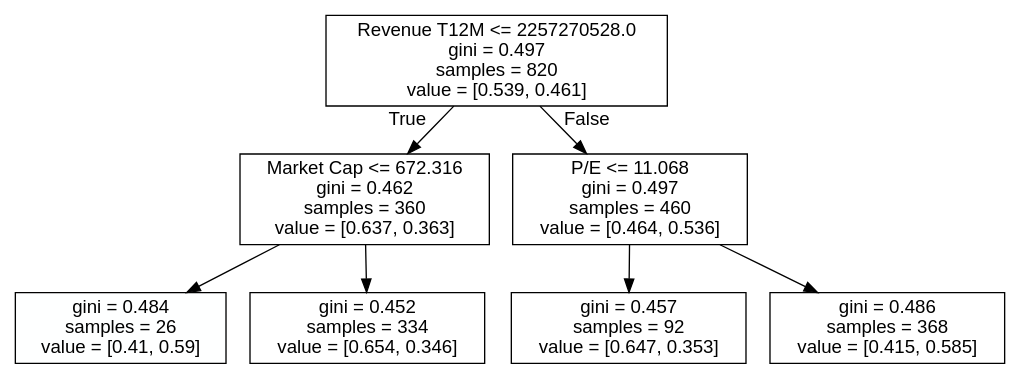
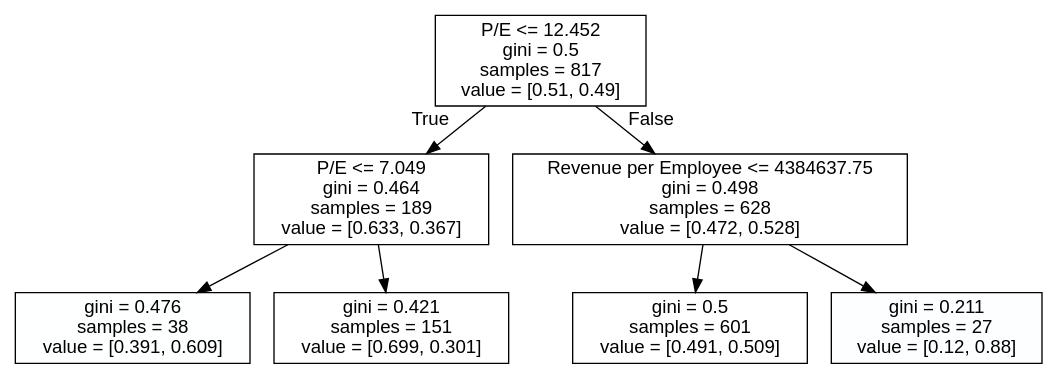
Before and after one commit to luca1308/Investigating_periods_of_increasing_interest_rates_for_the_S-P_1500: the diagram in trees/current_test_tree.dot, drawn with Graphviz. The commit also changed 378 other files, not shown here.

```diff
--- a/trees/current_test_tree.dot
+++ b/trees/current_test_tree.dot
@@ -1,17 +1,17 @@
 digraph Tree {
 node [shape=box, style="filled", color="black", fontname="helvetica"] ;
 edge [fontname="helvetica"] ;
-0 [label="Revenue T12M <= 2257270528.0\ngini = 0.497\nsamples = 820\nvalue = [0.539, 0.461]", fillcolor="#ffffff"] ;
-1 [label="Market Cap <= 672.316\ngini = 0.462\nsamples = 360\nvalue = [0.637, 0.363]", fillcolor="#ffffff"] ;
+0 [label="P/E <= 12.452\ngini = 0.5\nsamples = 817\nvalue = [0.51, 0.49]", fillcolor="#ffffff"] ;
+1 [label="P/E <= 7.049\ngini = 0.464\nsamples = 189\nvalue = [0.633, 0.367]", fillcolor="#ffffff"] ;
 0 -> 1 [labeldistance=2.5, labelangle=45, headlabel="True"] ;
-5 [label="gini = 0.484\nsamples = 26\nvalue = [0.41, 0.59]", fillcolor="#feffff"] ;
+5 [label="gini = 0.476\nsamples = 38\nvalue = [0.391, 0.609]", fillcolor="#feffff"] ;
 1 -> 5 ;
-6 [label="gini = 0.452\nsamples = 334\nvalue = [0.654, 0.346]", fillcolor="#ffffff"] ;
+6 [label="gini = 0.421\nsamples = 151\nvalue = [0.699, 0.301]", fillcolor="#ffffff"] ;
 1 -> 6 ;
-2 [label="P/E <= 11.068\ngini = 0.497\nsamples = 460\nvalue = [0.464, 0.536]", fillcolor="#ffffff"] ;
+2 [label="Revenue per Employee <= 4384637.75\ngini = 0.498\nsamples = 628\nvalue = [0.472, 0.528]", fillcolor="#ffffff"] ;
 0 -> 2 [labeldistance=2.5, labelangle=-45, headlabel="False"] ;
-3 [label="gini = 0.457\nsamples = 92\nvalue = [0.647, 0.353]", fillcolor="#ffffff"] ;
+3 [label="gini = 0.5\nsamples = 601\nvalue = [0.491, 0.509]", fillcolor="#ffffff"] ;
 2 -> 3 ;
-4 [label="gini = 0.486\nsamples = 368\nvalue = [0.415, 0.585]", fillcolor="#ffffff"] ;
+4 [label="gini = 0.211\nsamples = 27\nvalue = [0.12, 0.88]", fillcolor="#fcfeff"] ;
 2 -> 4 ;
 }
```
